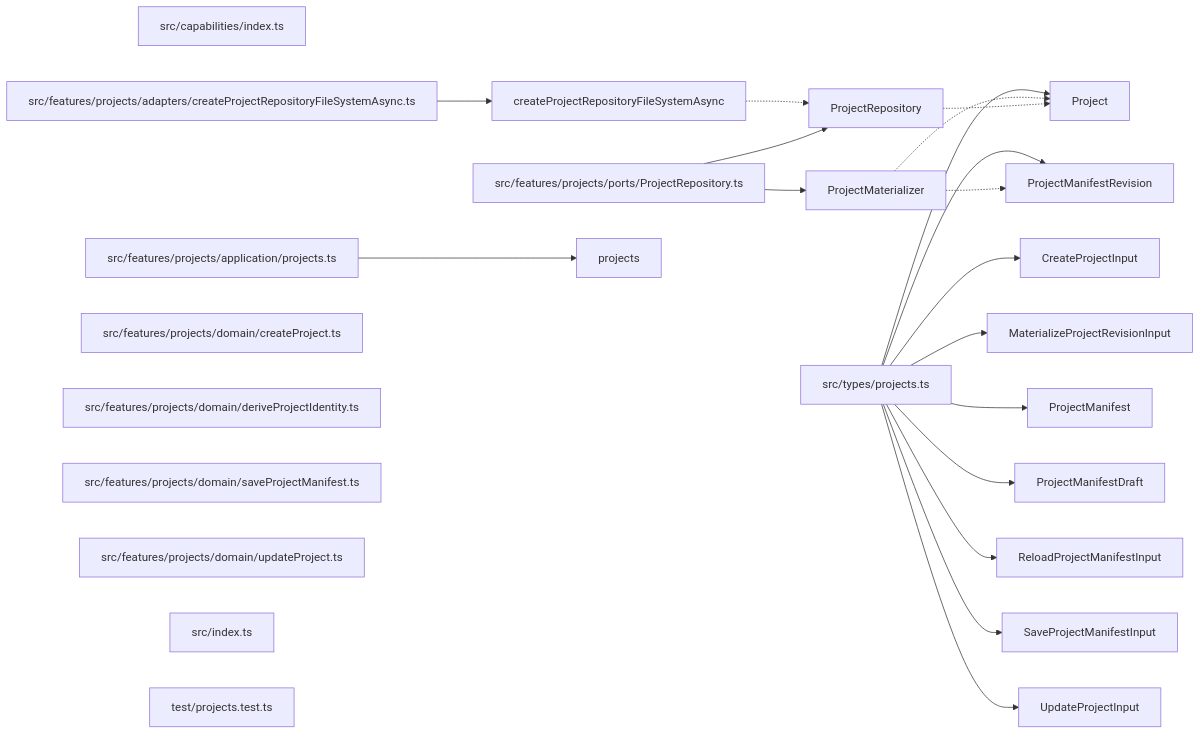
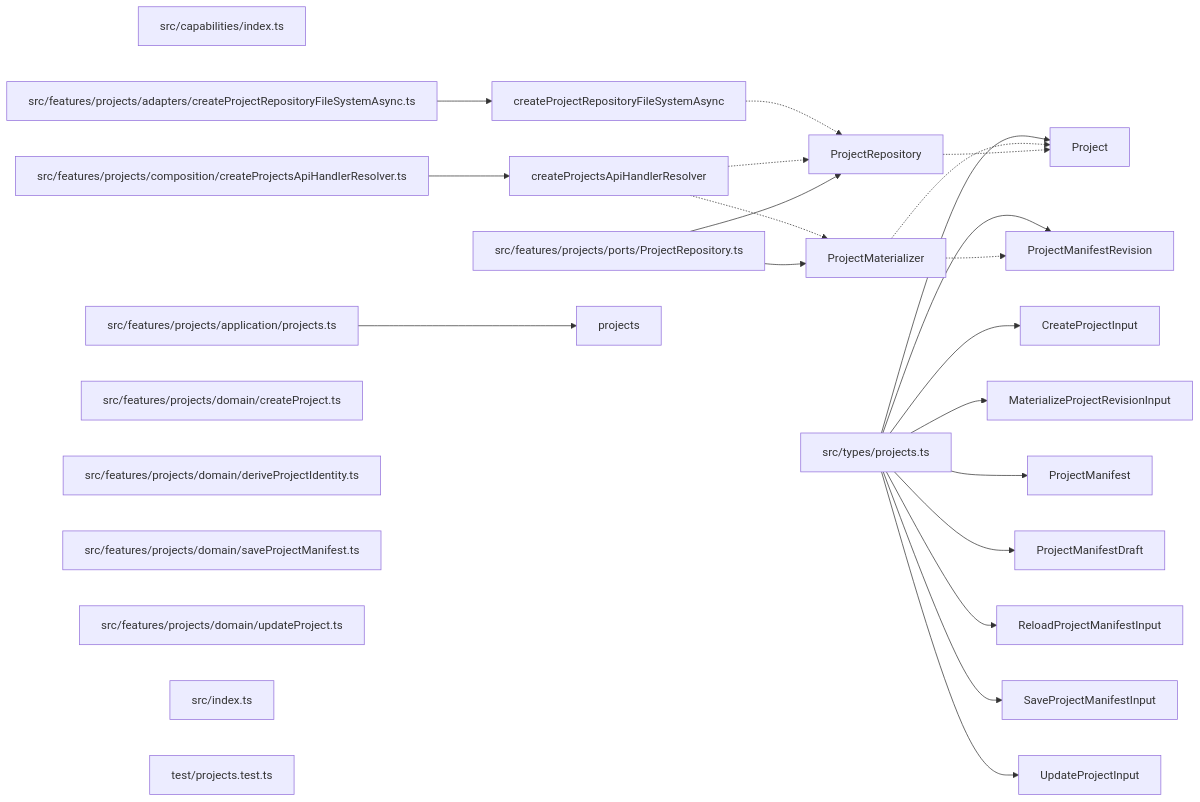
The diagram in paradox/diagrams/export-graph.mmd (ankhorage/projects), drawn with Mermaid before and after one commit. The commit also changed 12 other files, not shown here.

```diff
--- a/paradox/diagrams/export-graph.mmd
+++ b/paradox/diagrams/export-graph.mmd
@@ -1,42 +1,47 @@
 graph LR
   module_src_capabilities_index_ts["src/capabilities/index.ts"]
   module_src_features_projects_adapters_createProjectRepositoryFileSystemAsync_ts["src/features/projects/adapters/createProjectRepositoryFileSystemAsync.ts"]
   module_src_features_projects_application_projects_ts["src/features/projects/application/projects.ts"]
+  module_src_features_projects_composition_createProjectsApiHandlerResolver_ts["src/features/projects/composition/createProjectsApiHandlerResolver.ts"]
   module_src_features_projects_domain_createProject_ts["src/features/projects/domain/createProject.ts"]
   module_src_features_projects_domain_deriveProjectIdentity_ts["src/features/projects/domain/deriveProjectIdentity.ts"]
   module_src_features_projects_domain_saveProjectManifest_ts["src/features/projects/domain/saveProjectManifest.ts"]
   module_src_features_projects_domain_updateProject_ts["src/features/projects/domain/updateProject.ts"]
   module_src_features_projects_ports_ProjectRepository_ts["src/features/projects/ports/ProjectRepository.ts"]
   module_src_index_ts["src/index.ts"]
   module_src_types_projects_ts["src/types/projects.ts"]
   module_test_projects_test_ts["test/projects.test.ts"]
   export_CreateProjectInput["CreateProjectInput"]
   module_src_types_projects_ts --> export_CreateProjectInput
   export_createProjectRepositoryFileSystemAsync["createProjectRepositoryFileSystemAsync"]
   module_src_features_projects_adapters_createProjectRepositoryFileSystemAsync_ts --> export_createProjectRepositoryFileSystemAsync
   export_createProjectRepositoryFileSystemAsync -.-> export_ProjectRepository
+  export_createProjectsApiHandlerResolver["createProjectsApiHandlerResolver"]
+  module_src_features_projects_composition_createProjectsApiHandlerResolver_ts --> export_createProjectsApiHandlerResolver
+  export_createProjectsApiHandlerResolver -.-> export_ProjectMaterializer
+  export_createProjectsApiHandlerResolver -.-> export_ProjectRepository
   export_MaterializeProjectRevisionInput["MaterializeProjectRevisionInput"]
   module_src_types_projects_ts --> export_MaterializeProjectRevisionInput
   export_Project["Project"]
   module_src_types_projects_ts --> export_Project
   export_ProjectManifest["ProjectManifest"]
   module_src_types_projects_ts --> export_ProjectManifest
   export_ProjectManifestDraft["ProjectManifestDraft"]
   module_src_types_projects_ts --> export_ProjectManifestDraft
   export_ProjectManifestRevision["ProjectManifestRevision"]
   module_src_types_projects_ts --> export_ProjectManifestRevision
   export_ProjectMaterializer["ProjectMaterializer"]
   module_src_features_projects_ports_ProjectRepository_ts --> export_ProjectMaterializer
   export_ProjectMaterializer -.-> export_Project
   export_ProjectMaterializer -.-> export_ProjectManifestRevision
   export_ProjectRepository["ProjectRepository"]
   module_src_features_projects_ports_ProjectRepository_ts --> export_ProjectRepository
   export_ProjectRepository -.-> export_Project
   export_projects["projects"]
   module_src_features_projects_application_projects_ts --> export_projects
   export_ReloadProjectManifestInput["ReloadProjectManifestInput"]
   module_src_types_projects_ts --> export_ReloadProjectManifestInput
   export_SaveProjectManifestInput["SaveProjectManifestInput"]
   module_src_types_projects_ts --> export_SaveProjectManifestInput
   export_UpdateProjectInput["UpdateProjectInput"]
   module_src_types_projects_ts --> export_UpdateProjectInput
```
